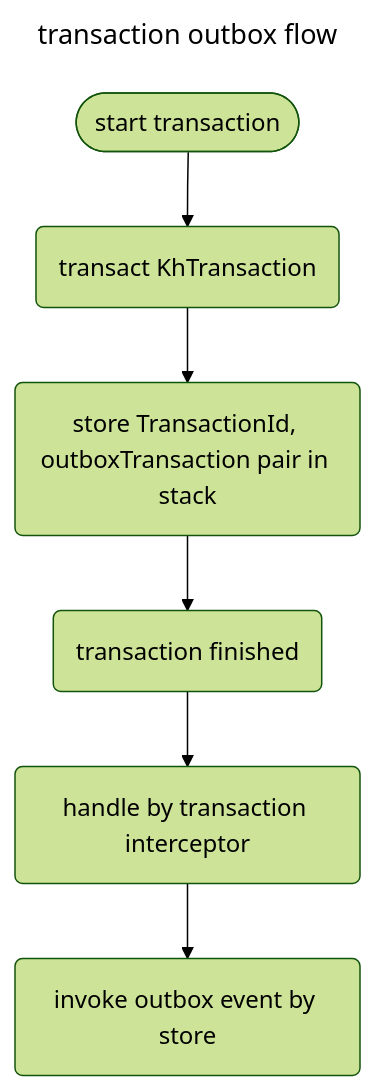
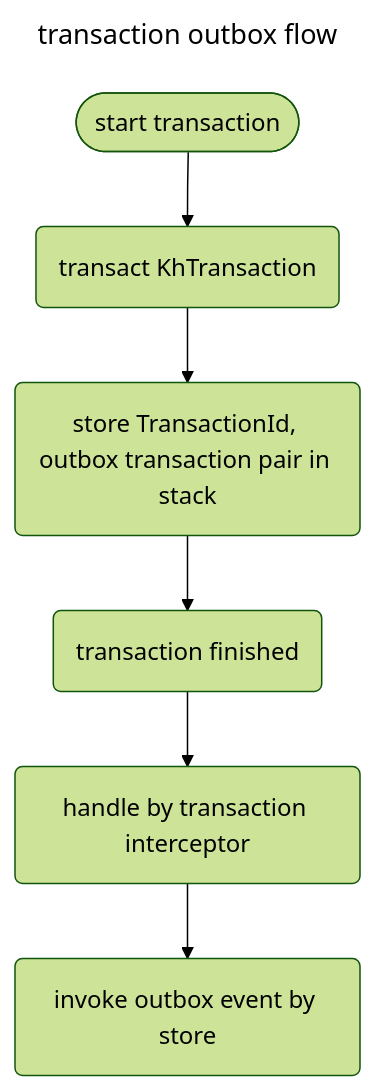
One commit to keyhub-projects/distributed-transaction-kit changed the third of 4 diagrams in README.md. Above: the diagram before and after it, drawn with Mermaid (forest theme). The commit also changed other lines of this file and 17 other files, not shown here.

````diff
--- a/README.md
+++ b/README.md
@@ -114,13 +113,13 @@
 ```mermaid
 ---
 title: transaction outbox flow
 ---
 flowchart
     start([start transaction])
     transaction(transact KhTransaction)
-    storeTransactionId(store TransactionId, outboxTransaction pair in stack)
+    storeTransactionId(store TransactionId, outbox transaction pair in stack)
     finishTransaction(transaction finished)
     handleByInterceptor(handle by transaction interceptor)
     invokeOutboxEventByStore(invoke outbox event by store)
     start --> transaction --> storeTransactionId --> finishTransaction --> handleByInterceptor --> invokeOutboxEventByStore
 ```
````
